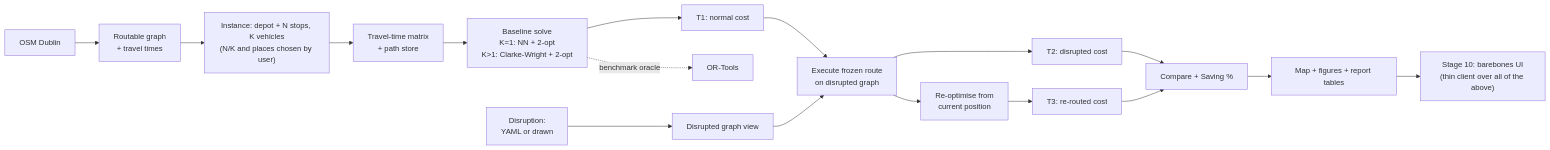
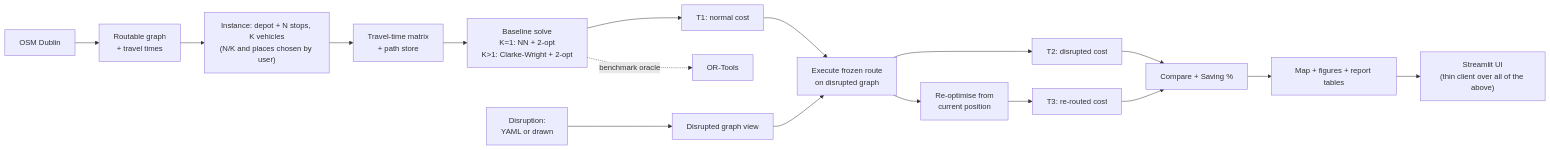
The diagram in docs/architecture.md (ACM40960/projects-rushikesh-shlok), drawn with Mermaid before and after one commit. The commit also changed other lines of this file and 11 other files, not shown here.

First line of the commit message:
feat(stage-10): Streamlit UI — thin client over the existing dlm pipeline

````diff
--- a/docs/architecture.md
+++ b/docs/architecture.md
@@ -13,19 +14,19 @@
 ```mermaid
 flowchart LR
     A[OSM Dublin] --> B[Routable graph<br/>+ travel times]
     B --> C["Instance: depot + N stops, K vehicles<br/>(N/K and places chosen by user)"]
     C --> D[Travel-time matrix<br/>+ path store]
     D --> E["Baseline solve<br/>K=1: NN + 2-opt<br/>K&gt;1: Clarke-Wright + 2-opt"]
     E --> F[T1: normal cost]
     E -.benchmark oracle.-> Z[OR-Tools]
     G[Disruption:<br/>YAML or drawn] --> H[Disrupted graph view]
     F --> I[Execute frozen route<br/>on disrupted graph]
     H --> I
     I --> J[T2: disrupted cost]
     I --> K[Re-optimise from<br/>current position]
     K --> L[T3: re-routed cost]
     J --> M[Compare + Saving %]
     L --> M
     M --> N[Map + figures + report tables]
-    N --> O["Stage 10: barebones UI<br/>(thin client over all of the above)"]
+    N --> O["Streamlit UI<br/>(thin client over all of the above)"]
 ```
````
